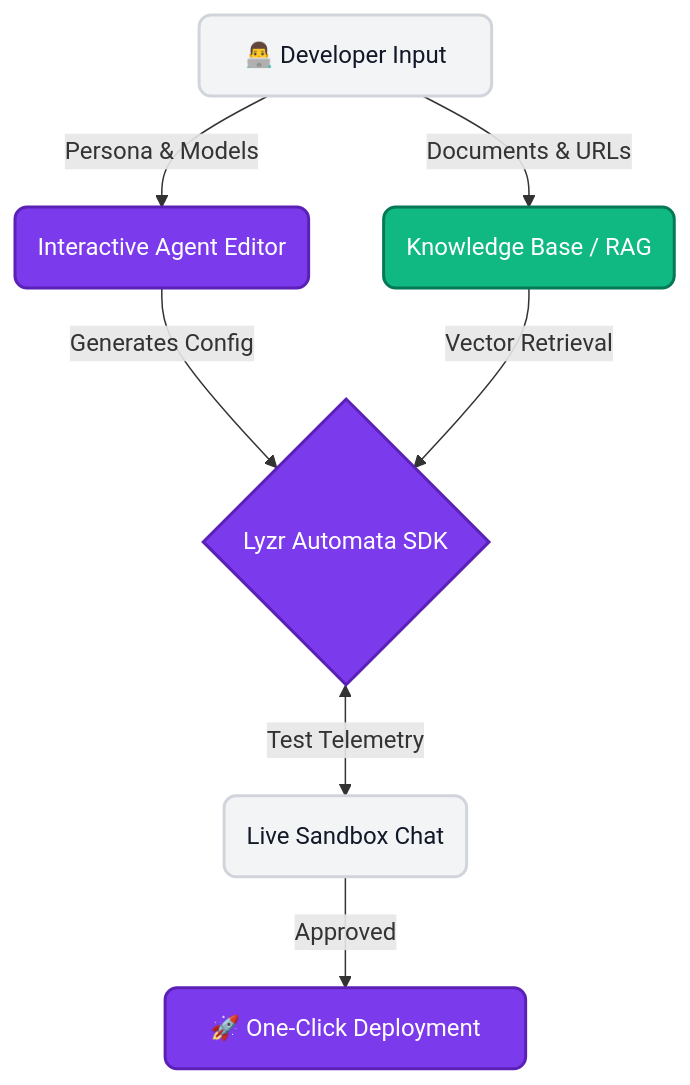
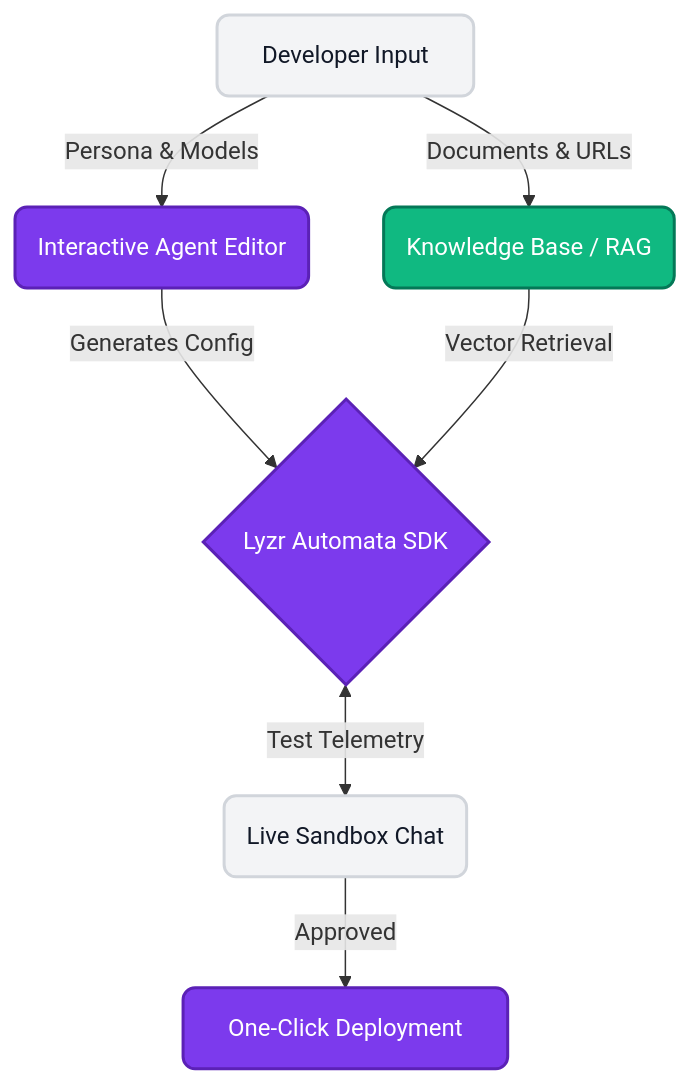
The diagram in README.md (Jagadesh-1811/LYZR_AgentBulider-), drawn with Mermaid before and after one commit. The commit also changed other lines of this file, not shown here.

````diff
--- a/README.md
+++ b/README.md
@@ -58,23 +58,23 @@
 ```mermaid
 graph TD
     %% Styling
     classDef primary fill:#7C3AED,stroke:#5B21B6,stroke-width:2px,color:#fff,rx:8px,ry:8px;
     classDef secondary fill:#F3F4F6,stroke:#D1D5DB,stroke-width:2px,color:#111827,rx:8px,ry:8px;
     classDef db fill:#10B981,stroke:#047857,stroke-width:2px,color:#fff,rx:8px,ry:8px;
 
     %% Nodes
-    A[👨‍💻 Developer Input]:::secondary
+    A[Developer Input]:::secondary
     B(Interactive Agent Editor):::primary
     C(Knowledge Base / RAG):::db
     D{Lyzr Automata SDK}:::primary
     E(Live Sandbox Chat):::secondary
-    F[🚀 One-Click Deployment]:::primary
+    F[ One-Click Deployment]:::primary
 
     %% Flow
     A -->|Persona & Models| B
     A -->|Documents & URLs| C
     B -->|Generates Config| D
     C -->|Vector Retrieval| D
     D <-->|Test Telemetry| E
     E -->|Approved| F
 ```
````
